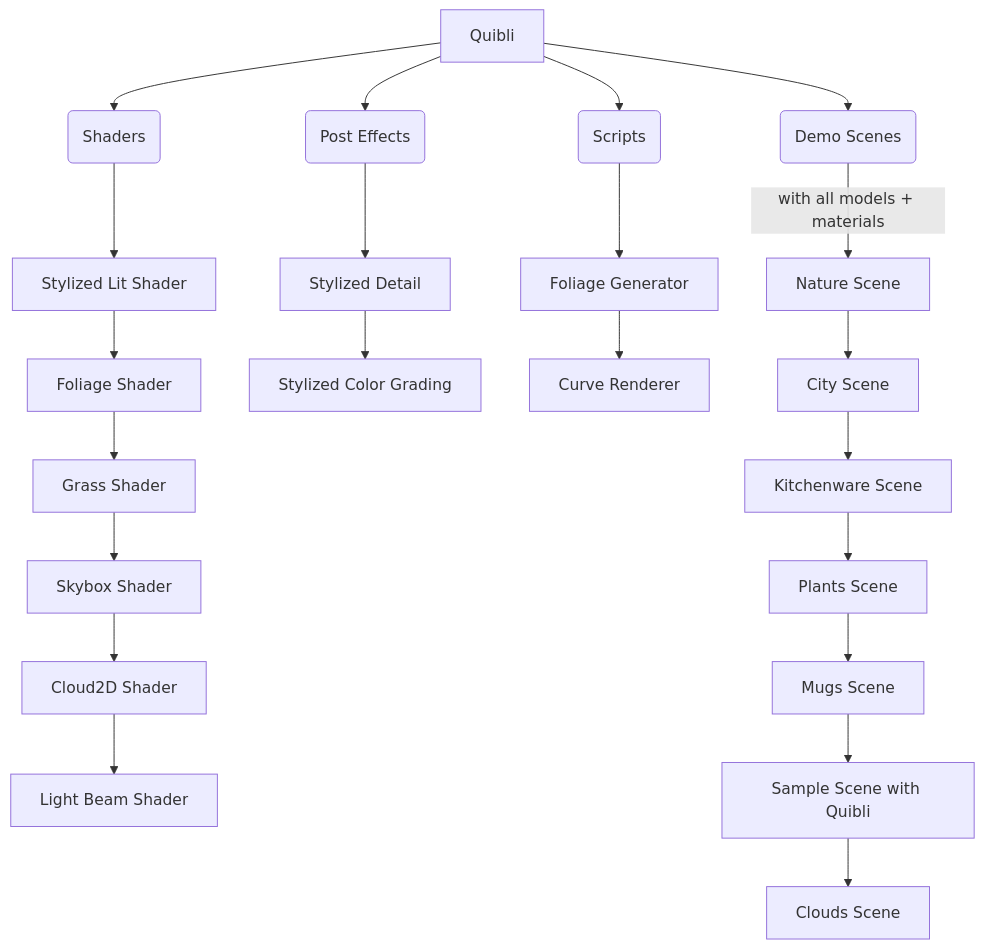
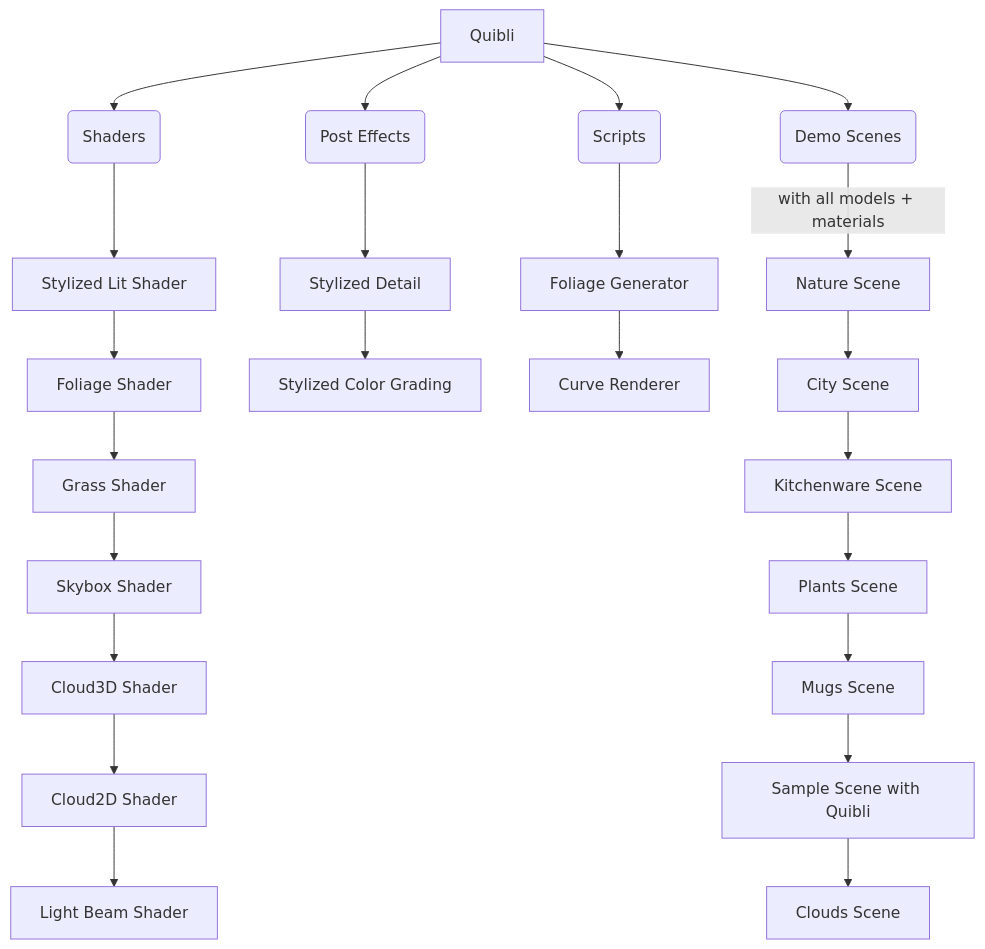
Before and after one commit to dustyroom-studio/quibli-doc: the diagram in _docs/what-is-quibli-a-brief-overview.md, drawn with Mermaid. The commit also changed 6 other files, not shown here.

```diff
--- a/_docs/what-is-quibli-a-brief-overview.md
+++ b/_docs/what-is-quibli-a-brief-overview.md
@@ -34,24 +34,25 @@
 <div class="mermaid">
 graph TD
 A[Quibli] --> B(Shaders)
 A --> C(Post Effects)
 A --> D(Scripts)
 A --> E(Demo Scenes)
 B --> G[Stylized Lit Shader]
 G --> H[Foliage Shader]
 H --> I[Grass Shader]
 I --> J[Skybox Shader]
-J --> K[Cloud2D Shader]
-K --> L[Light Beam Shader]
+J --> K[Cloud3D Shader]
+K --> L[Cloud2D Shader]
+L --> M[Light Beam Shader]
 C --> N[Stylized Detail]
 N --> O[Stylized Color Grading]
 D --> Q[Foliage Generator]
 Q --> R[Curve Renderer]
 E -->|with all models + materials| T[Nature Scene]
 T --> U[City Scene]
 U --> V[Kitchenware Scene]
 V --> W[Plants Scene]
 W --> X[Mugs Scene]
 X --> Y[Sample Scene with Quibli]
 Y --> Z[Clouds Scene]
 </div>
```
